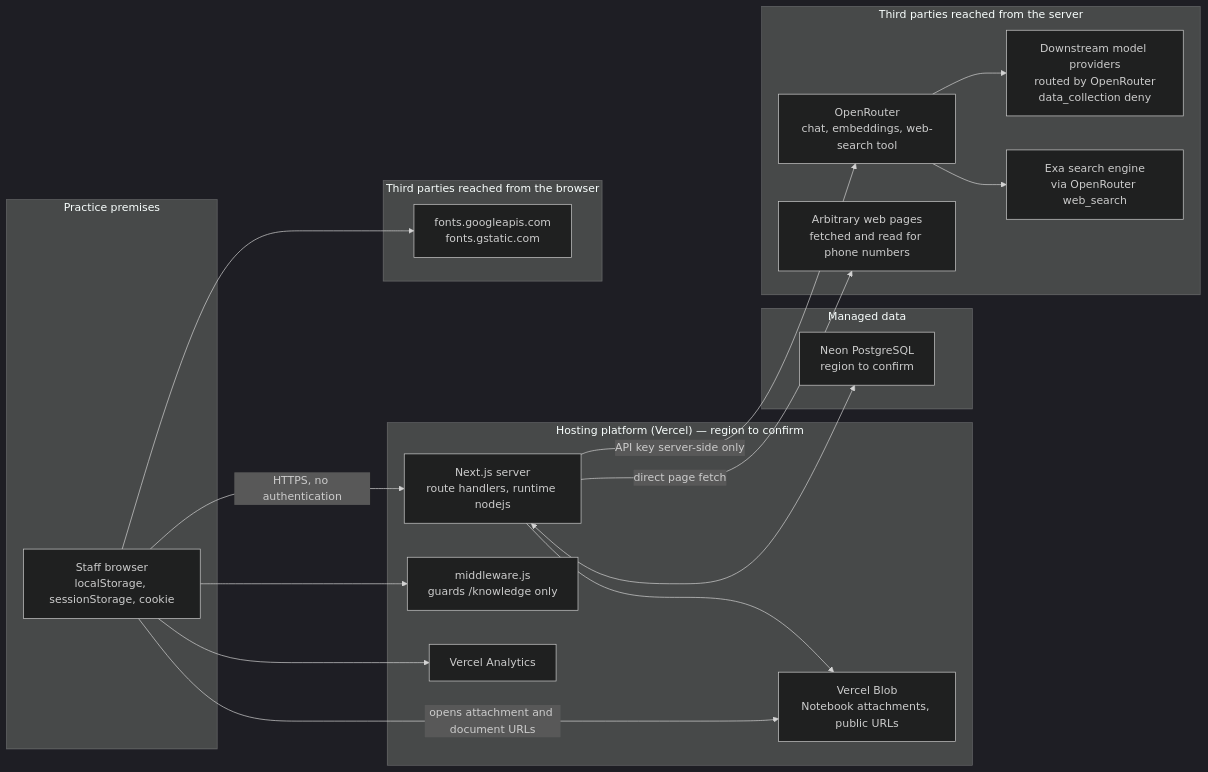
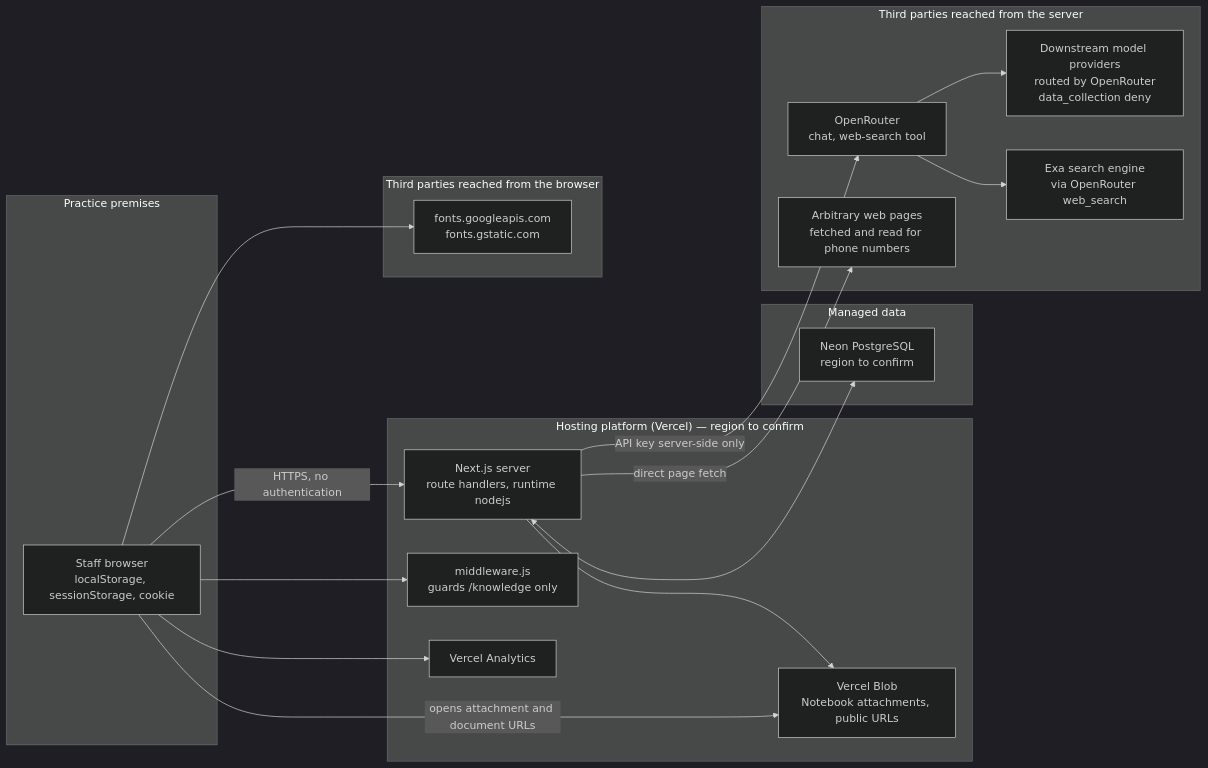
The first of 2 diagrams in ARCHITECTURE.md (F12-Syntex/Riverside-Helpdesk), drawn with Mermaid (dark theme) before and after one commit. The commit also changed other lines of this file and 4 other files, not shown here.

First line of the commit message:
docs: describe search without embeddings

````diff
--- a/ARCHITECTURE.md
+++ b/ARCHITECTURE.md
@@ -111,40 +111,40 @@
 ```mermaid
 flowchart LR
   subgraph Practice["Practice premises"]
     B["Staff browser<br/>localStorage, sessionStorage, cookie"]
   end
 
   subgraph Host["Hosting platform (Vercel) — region to confirm"]
     N["Next.js server<br/>route handlers, runtime nodejs"]
     MW["middleware.js<br/>guards /knowledge only"]
     BLOB["Vercel Blob<br/>Notebook attachments, public URLs"]
     VA["Vercel Analytics"]
   end
 
   subgraph Data["Managed data"]
     PG["Neon PostgreSQL<br/>region to confirm"]
   end
 
   subgraph Third["Third parties reached from the server"]
-    OR["OpenRouter<br/>chat, embeddings, web-search tool"]
+    OR["OpenRouter<br/>chat, web-search tool"]
     LLM["Downstream model providers<br/>routed by OpenRouter<br/>data_collection deny"]
     EXA["Exa search engine<br/>via OpenRouter web_search"]
     WEB["Arbitrary web pages<br/>fetched and read for phone numbers"]
   end
 
   subgraph Browser3P["Third parties reached from the browser"]
     GF["fonts.googleapis.com<br/>fonts.gstatic.com"]
   end
 
   B -->|HTTPS, no authentication| N
   B --> MW
   B --> VA
   B --> GF
   B -->|opens attachment and document URLs| BLOB
   N <--> PG
   N --> BLOB
   N -->|API key server-side only| OR
   OR --> LLM
   OR --> EXA
   N -->|direct page fetch| WEB
 ```
````
